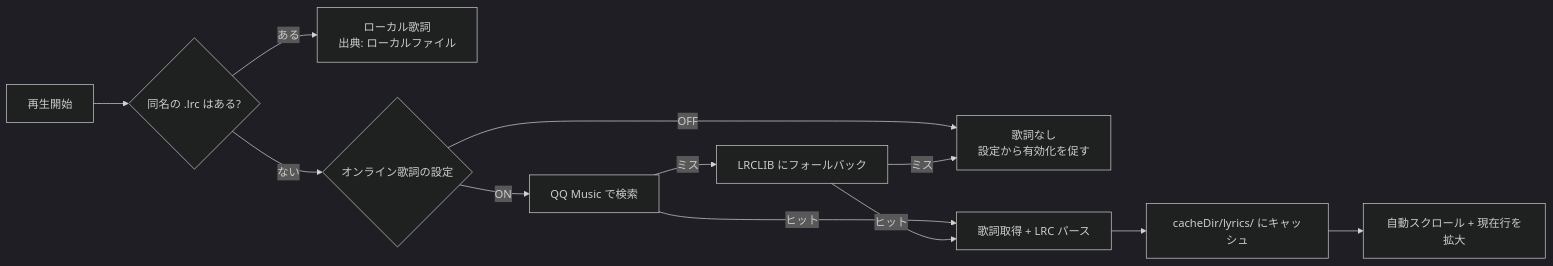
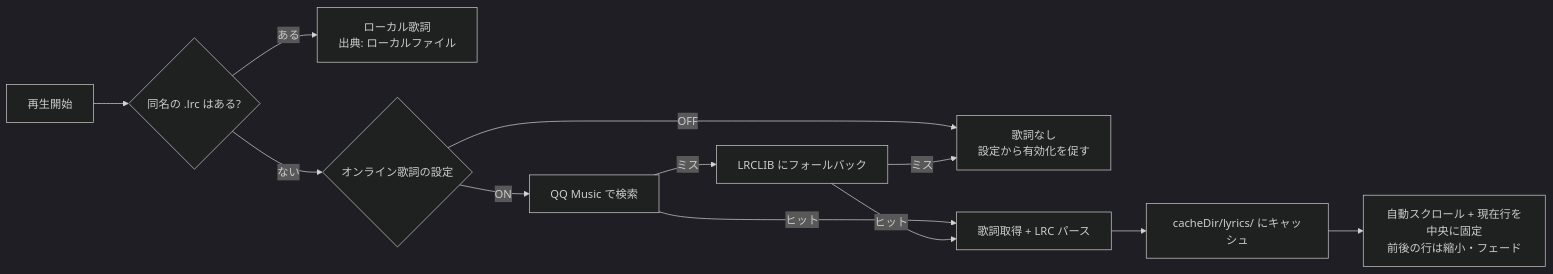
One commit to Sanye223/Melody-Retro changed the first of 2 diagrams in README.ja.md. Above: the diagram before and after it, drawn with Mermaid (dark theme). The commit also changed other lines of this file and 7 other files, not shown here.

````diff
--- a/README.ja.md
+++ b/README.ja.md
@@ -86,14 +86,14 @@
 ```mermaid
 flowchart LR
     A[再生開始] --> B{"同名の .lrc はある?"}
     B -->|ある| C["ローカル歌詞<br/>出典: ローカルファイル"]
     B -->|ない| D{オンライン歌詞の設定}
     D -->|OFF| E["歌詞なし<br/>設定から有効化を促す"]
     D -->|ON| F[QQ Music で検索]
     F -->|ヒット| G[歌詞取得 + LRC パース]
     F -->|ミス| H[LRCLIB にフォールバック]
     H -->|ヒット| G
     H -->|ミス| E
     G --> I["cacheDir/lyrics/ にキャッシュ"]
-    I --> J[自動スクロール + 現在行を拡大]
+    I --> J["自動スクロール + 現在行を中央に固定<br/>前後の行は縮小・フェード"]
 ```
````
